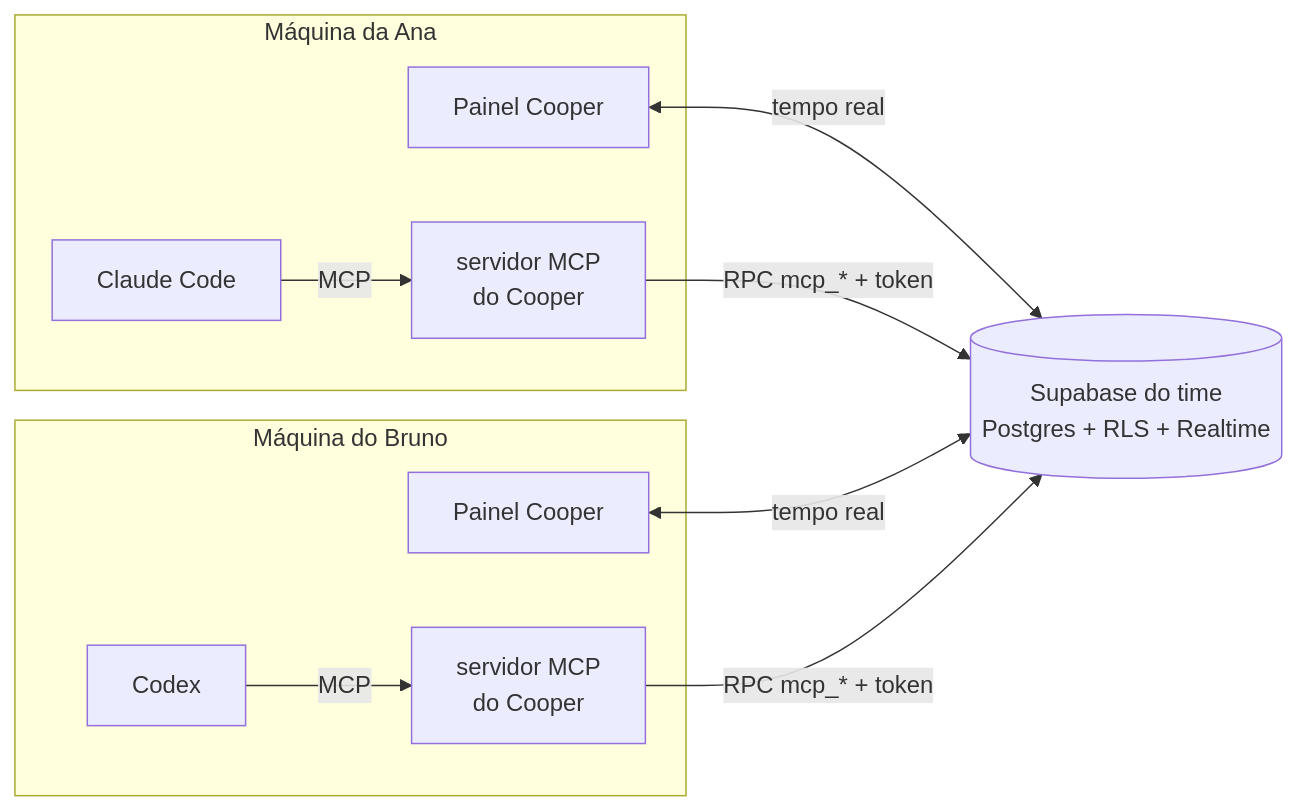
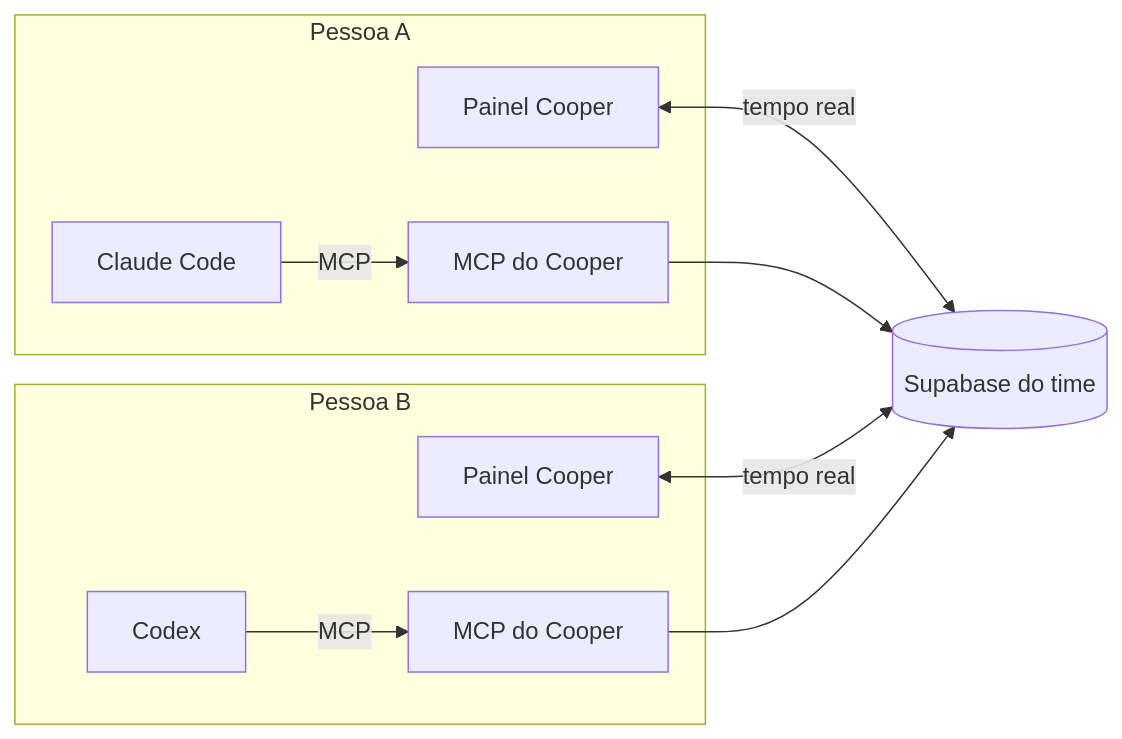
Before and after one commit to alanmateuz/Cooper: the diagram in README.md, drawn with Mermaid. The commit also changed other lines of this file and 1 other file, not shown here.

````diff
--- a/README.md
+++ b/README.md
@@ -54,16 +42,16 @@
 ```mermaid
 flowchart LR
-  subgraph A["Máquina da Ana"]
+  subgraph A["Pessoa A"]
     WA["Painel Cooper"]
-    CA["Claude Code"] -- MCP --> MA["servidor MCP<br/>do Cooper"]
+    CA["Claude Code"] -- MCP --> MA["MCP do Cooper"]
   end
-  subgraph B["Máquina do Bruno"]
+  subgraph B["Pessoa B"]
     WB["Painel Cooper"]
-    CB["Codex"] -- MCP --> MB["servidor MCP<br/>do Cooper"]
+    CB["Codex"] -- MCP --> MB["MCP do Cooper"]
   end
-  DB[("Supabase do time<br/>Postgres + RLS + Realtime")]
-  MA -- "RPC mcp_* + token" --> DB
-  MB -- "RPC mcp_* + token" --> DB
+  DB[("Supabase do time")]
+  MA --> DB
+  MB --> DB
   WA <-- "tempo real" --> DB
   WB <-- "tempo real" --> DB
 ```
````
